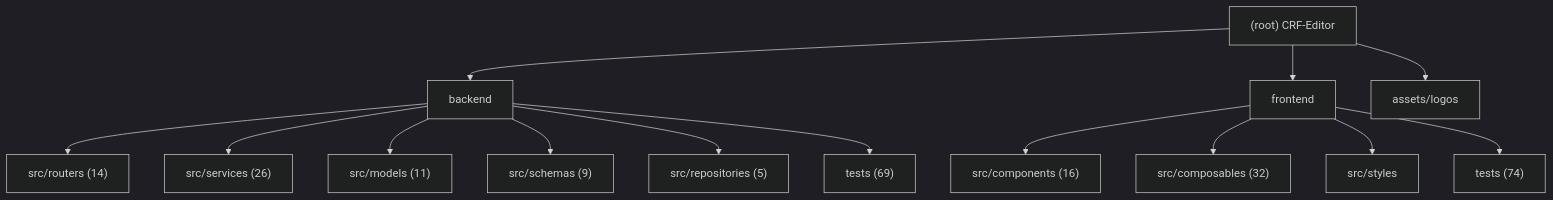
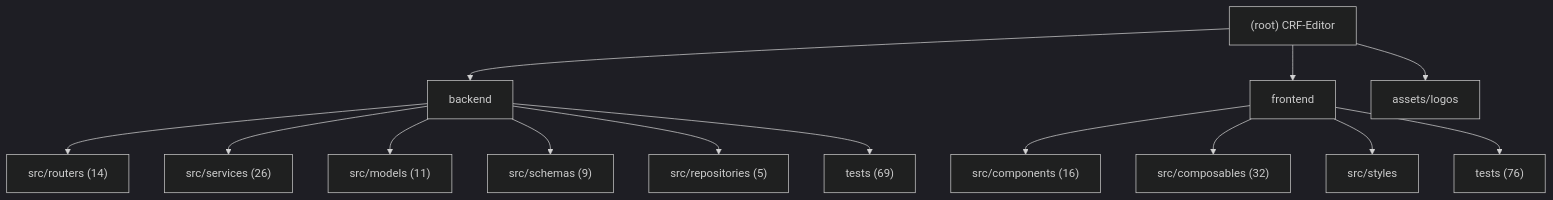
Before and after one commit to decade6666/CRF-Editor: the diagram in .claude/CLAUDE.md, drawn with Mermaid (dark theme). The commit also changed other lines of this file and 14 other files, not shown here.

````diff
--- a/.claude/CLAUDE.md
+++ b/.claude/CLAUDE.md
@@ -15,19 +15,19 @@
 ```mermaid
 graph TD
     A["(root) CRF-Editor"] --> B["backend"];
     B --> B1["src/routers (14)"];
     B --> B2["src/services (26)"];
     B --> B3["src/models (11)"];
     B --> B4["src/schemas (9)"];
     B --> B5["src/repositories (5)"];
     B --> B6["tests (69)"];
     A --> C["frontend"];
     C --> C1["src/components (16)"];
     C --> C2["src/composables (32)"];
     C --> C3["src/styles"];
-    C --> C4["tests (74)"];
+    C --> C4["tests (76)"];
     A --> D["assets/logos"];
 
     click B "./backend/.claude/CLAUDE.md" "View backend module docs"
     click C "./frontend/.claude/CLAUDE.md" "View frontend module docs"
 ```
````
